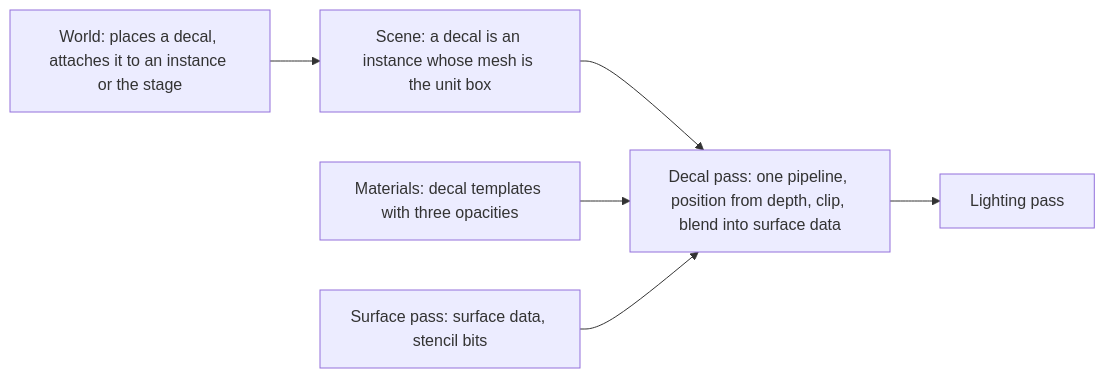
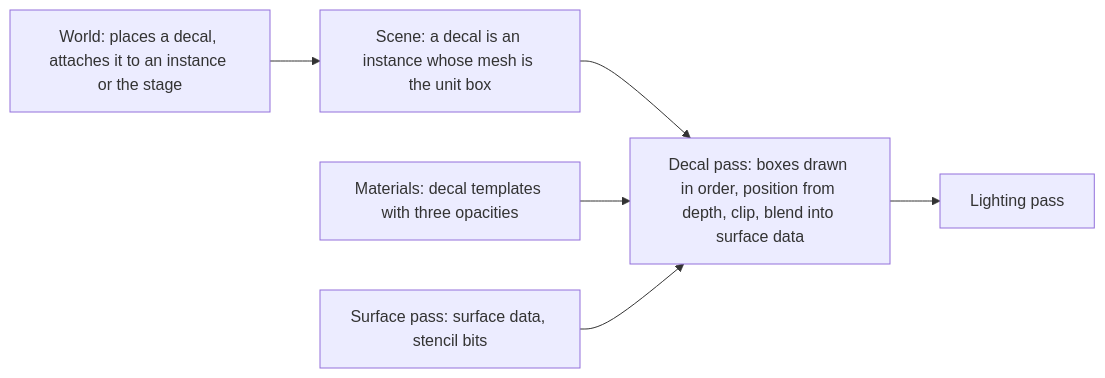
The first of 2 diagrams in docs/architecture/decals.md (plainsight-systems/bullet-witch), drawn with Mermaid before and after one commit. The commit also changed other lines of this file and 6 other files, not shown here.

First line of the commit message:
Order blended draws and decals on the CPU and run depth of field before the forward pass

````diff
--- a/docs/architecture/decals.md
+++ b/docs/architecture/decals.md
@@ -18,8 +18,8 @@
 ```mermaid
 flowchart LR
     W["World: places a decal, attaches it to an instance or the stage"] --> SC["Scene: a decal is an instance whose mesh is the unit box"]
-    SC --> DP["Decal pass: one pipeline, position from depth, clip, blend into surface data"]
+    SC --> DP["Decal pass: boxes drawn in order, position from depth, clip, blend into surface data"]
     MT["Materials: decal templates with three opacities"] --> DP
     SP["Surface pass: surface data, stencil bits"] --> DP
     DP --> LP["Lighting pass"]
 ```
````
